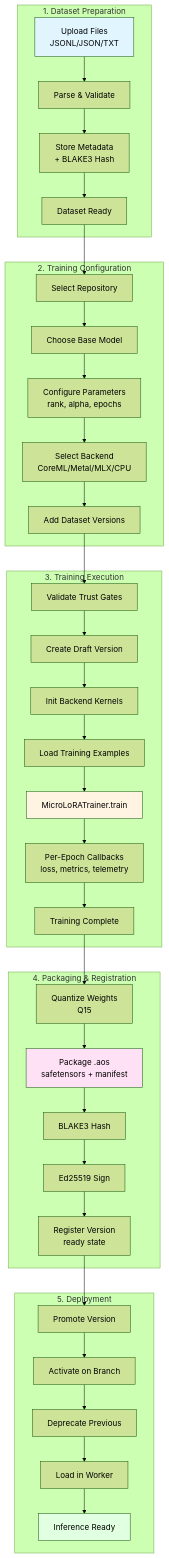
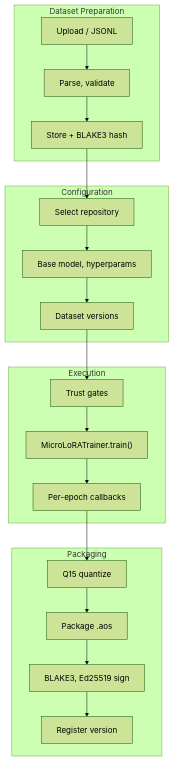
Before and after one commit to rogu3bear/adapter-os: the diagram in docs/TRAINING.md, drawn with Mermaid (forest theme). The commit also changed other lines of this file and 30 other files, not shown here.

````diff
--- a/docs/TRAINING.md
+++ b/docs/TRAINING.md
@@ -52,48 +9,29 @@
 ```mermaid
 flowchart TB
-    subgraph "1. Dataset Preparation"
-        A1[Upload Files<br/>JSONL/JSON/TXT] --> A2[Parse & Validate]
-        A2 --> A3[Store Metadata<br/>+ BLAKE3 Hash]
-        A3 --> A4[Dataset Ready]
+    subgraph Prep["Dataset Preparation"]
+        D1["Upload / JSONL"]
+        D2["Parse, validate"]
+        D3["Store + BLAKE3 hash"]
     end
 
-    subgraph "2. Training Configuration"
-        B1[Select Repository] --> B2[Choose Base Model]
-        B2 --> B3[Configure Parameters<br/>rank, alpha, epochs]
-        B3 --> B4[Select Backend<br/>CoreML/Metal/MLX/CPU]
-        B4 --> B5[Add Dataset Versions]
+    subgraph Config["Configuration"]
+        C1["Select repository"]
+        C2["Base model, hyperparams"]
+        C3["Dataset versions"]
     end
 
-    subgraph "3. Training Execution"
-        C1[Validate Trust Gates] --> C2[Create Draft Version]
-        C2 --> C3[Init Backend Kernels]
-        C3 --> C4[Load Training Examples]
-        C4 --> C5[MicroLoRATrainer.train]
-        C5 --> C6[Per-Epoch Callbacks<br/>loss, metrics, telemetry]
-        C6 --> C7[Training Complete]
+    subgraph Exec["Execution"]
+        E1["Trust gates"]
+        E2["MicroLoRATrainer.train()"]
+        E3["Per-epoch callbacks"]
     end
 
-    subgraph "4. Packaging & Registration"
-        D1[Quantize Weights<br/>Q15] --> D2[Package .aos<br/>safetensors + manifest]
-        D2 --> D3[BLAKE3 Hash]
-        D3 --> D4[Ed25519 Sign]
-        D4 --> D5[Register Version<br/>ready state]
+    subgraph Package["Packaging"]
+        P1["Q15 quantize"]
+        P2["Package .aos"]
+        P3["BLAKE3, Ed25519 sign"]
+        P4["Register version"]
     end
 
-    subgraph "5. Deployment"
-        E1[Promote Version] --> E2[Activate on Branch]
-        E2 --> E3[Deprecate Previous]
-        E3 --> E4[Load in Worker]
-        E4 --> E5[Inference Ready]
-    end
-
-    A4 --> B1
-    B5 --> C1
-    C7 --> D1
-    D5 --> E1
-
-    style A1 fill:#e1f5ff
-    style C5 fill:#fff4e1
-    style D2 fill:#ffe1f5
-    style E5 fill:#e1ffe1
+    D1 --> D2 --> D3 --> C1 --> C2 --> C3 --> E1 --> E2 --> E3 --> P1 --> P2 --> P3 --> P4
 ```
````
